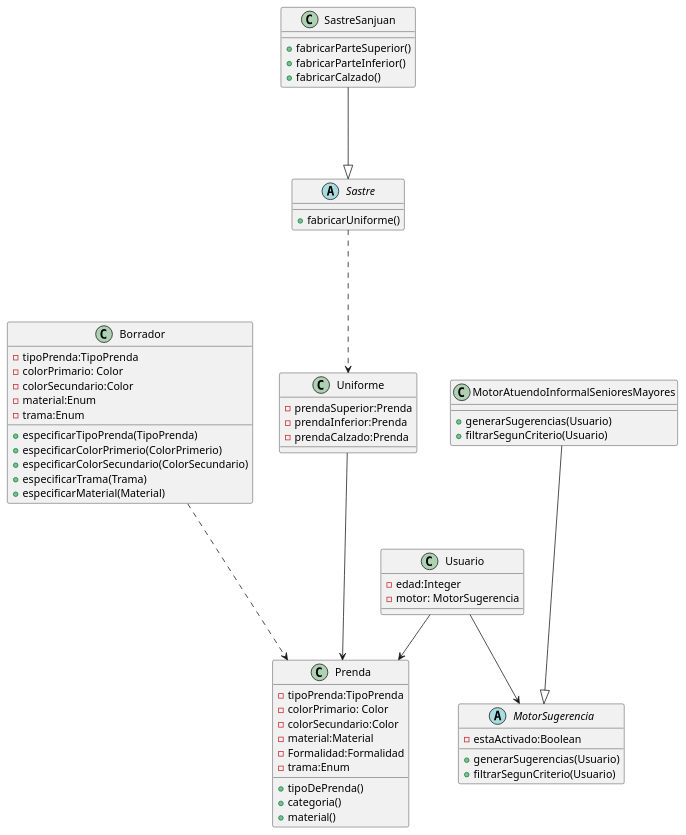
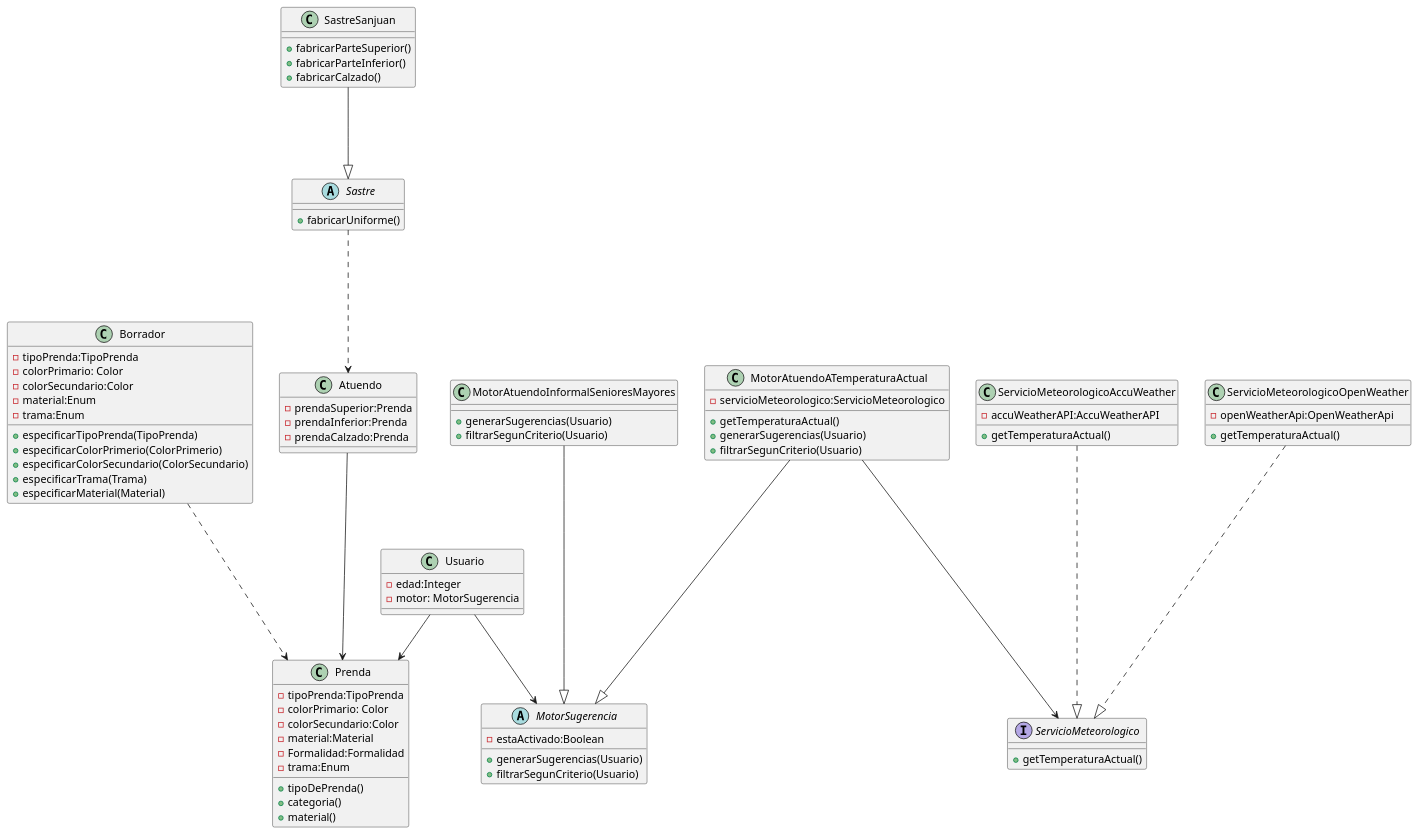
The diagram in src/main/java/ar/edu/utn/frba/dds/QMP.puml (LeandroFusetti/ejercicioQMP), drawn with PlantUML before and after one commit.

Commit message:
se actualizo diagrama

```diff
--- a/src/main/java/ar/edu/utn/frba/dds/QMP.puml
+++ b/src/main/java/ar/edu/utn/frba/dds/QMP.puml
@@ -1,69 +1,96 @@
 @startuml
 'https://plantuml.com/sequence-diagram
 
 class Prenda{
     -tipoPrenda:TipoPrenda
     -colorPrimario: Color
     -colorSecundario:Color
     -material:Material
     -Formalidad:Formalidad
     -trama:Enum
     +tipoDePrenda()
     +categoria()
     +material()
 }
 
 class Borrador{
     -tipoPrenda:TipoPrenda
     -colorPrimario: Color
     -colorSecundario:Color
     -material:Enum
     -trama:Enum
     +especificarTipoPrenda(TipoPrenda)
     +especificarColorPrimerio(ColorPrimerio)
     +especificarColorSecundario(ColorSecundario)
     +especificarTrama(Trama)
     +especificarMaterial(Material)
 }
 
 abstract class Sastre{
 +fabricarUniforme()
 
 }
 
 class SastreSanjuan{
 +fabricarParteSuperior()
 +fabricarParteInferior()
 +fabricarCalzado()
 }
 
-class Uniforme{
+class Atuendo{
 -prendaSuperior:Prenda
 -prendaInferior:Prenda
 -prendaCalzado:Prenda
 }
 
 class Usuario{
 -edad:Integer
 -motor: MotorSugerencia
 }
 
 abstract class MotorSugerencia{
 -estaActivado:Boolean
 +generarSugerencias(Usuario)
 +filtrarSegunCriterio(Usuario)
 }
 
 class MotorAtuendoInformalSenioresMayores{
 +generarSugerencias(Usuario)
 +filtrarSegunCriterio(Usuario)
 }
 
+class MotorAtuendoATemperaturaActual{
+-servicioMeteorologico:ServicioMeteorologico
++getTemperaturaActual()
++generarSugerencias(Usuario)
++filtrarSegunCriterio(Usuario)
+}
+
+interface ServicioMeteorologico{
++getTemperaturaActual()
+}
+
+class ServicioMeteorologicoAccuWeather{
+-accuWeatherAPI:AccuWeatherAPI
++getTemperaturaActual()
+}
+
+class ServicioMeteorologicoOpenWeather{
+-openWeatherApi:OpenWeatherApi
++getTemperaturaActual()
+}
+
+
 Borrador ...>Prenda
 SastreSanjuan ---|>Sastre
-Sastre ...>Uniforme
-Uniforme --->Prenda
+Sastre ...>Atuendo
+Atuendo --->Prenda
 Usuario -->MotorSugerencia
 Usuario -->Prenda
 MotorAtuendoInformalSenioresMayores ---|>MotorSugerencia
+MotorAtuendoATemperaturaActual ---|>MotorSugerencia
+MotorAtuendoATemperaturaActual --->ServicioMeteorologico
+ServicioMeteorologicoAccuWeather...|>ServicioMeteorologico
+ServicioMeteorologicoOpenWeather...|>ServicioMeteorologico
+
 @enduml
```
